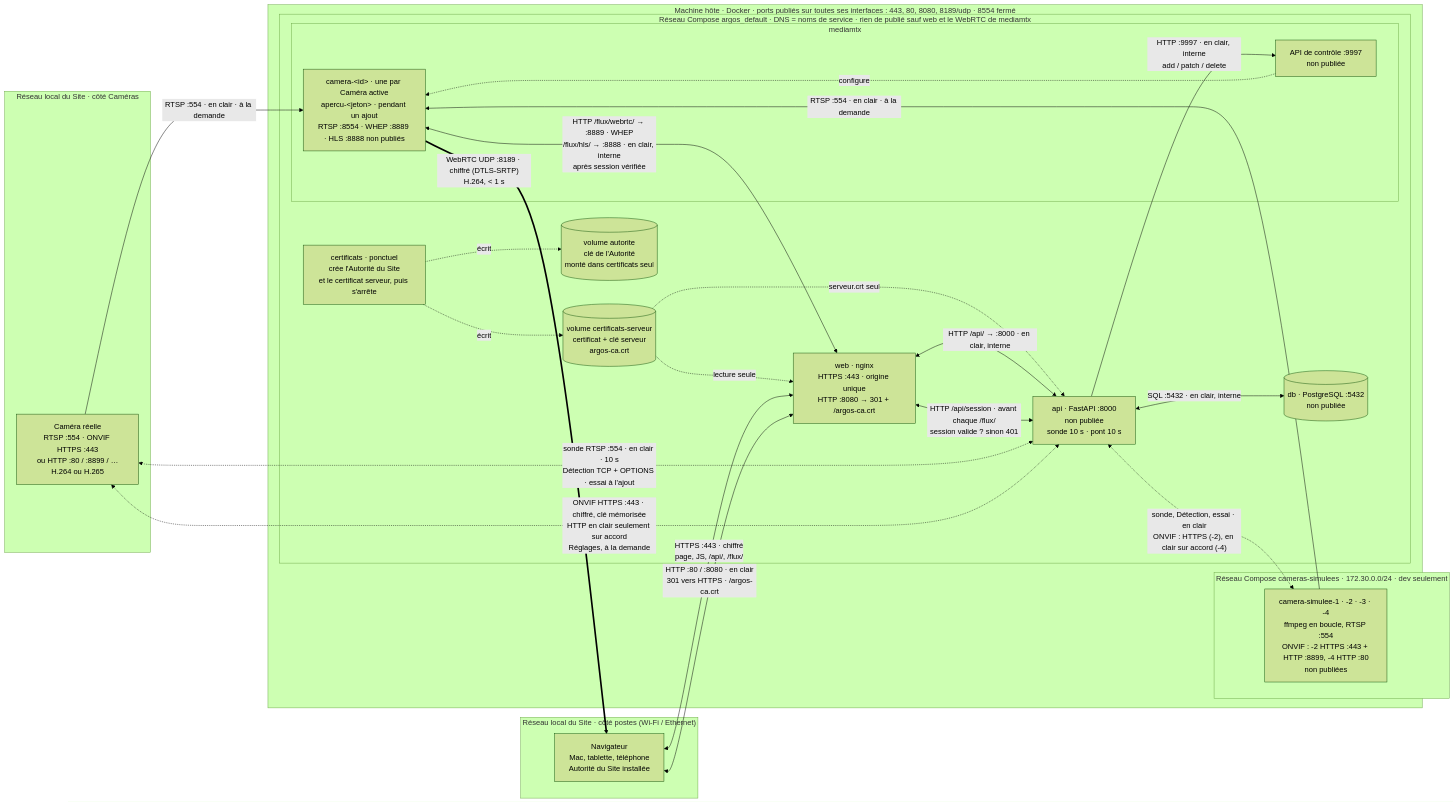
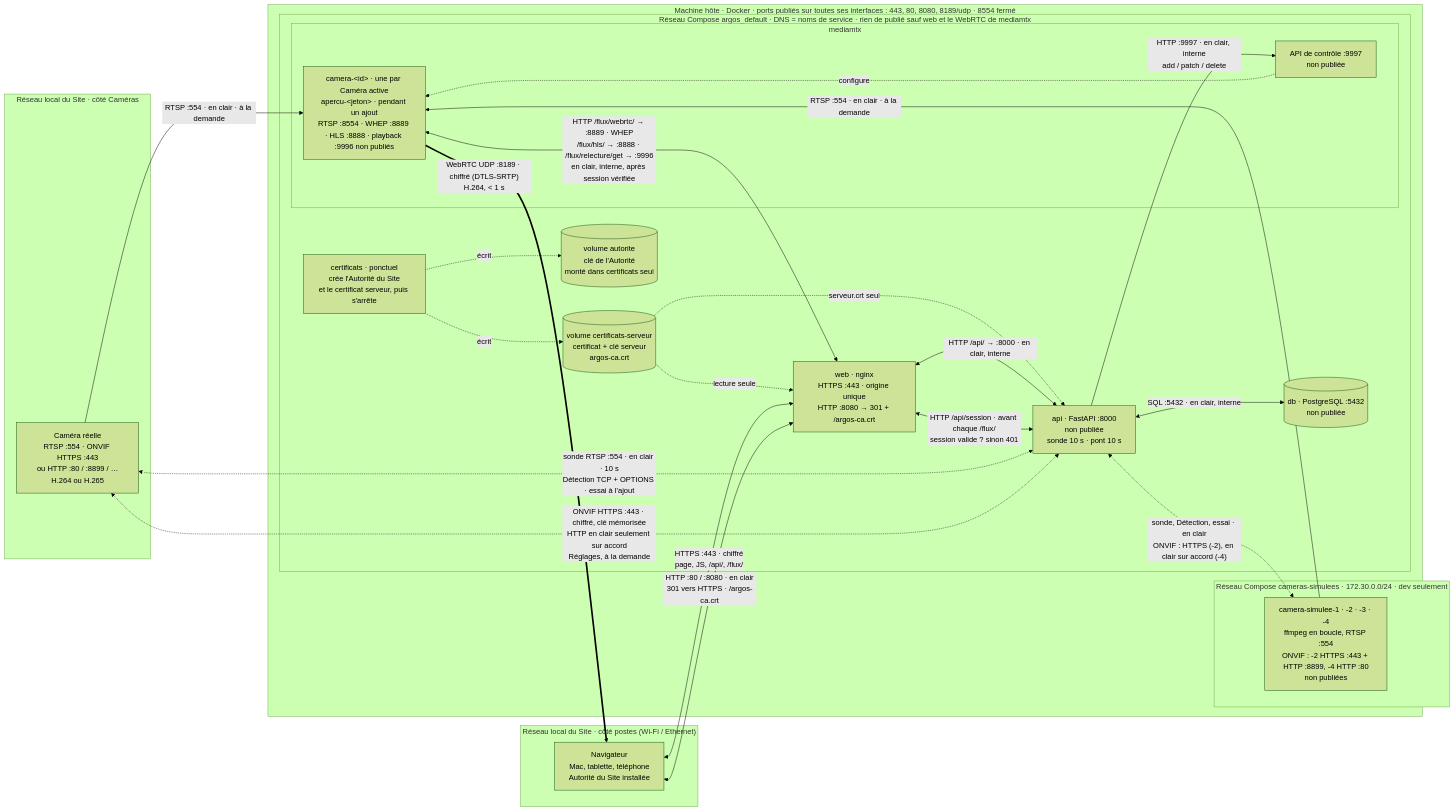
The diagram in docs/features/reseau/schema-flux.md (UlyssouLV/ArgOS), drawn with Mermaid (forest theme) before and after one commit. The commit also changed other lines of this file and 37 other files, not shown here.

````diff
--- a/docs/features/reseau/schema-flux.md
+++ b/docs/features/reseau/schema-flux.md
@@ -17,50 +17,50 @@
 ```mermaid
 flowchart LR
     subgraph LANC["Réseau local du Site · côté Caméras"]
         CAMR["Caméra réelle<br/>RTSP :554 · ONVIF HTTPS :443<br/>ou HTTP :80 / :8899 / …<br/>H.264 ou H.265"]
     end
 
     subgraph HOTE["Machine hôte · Docker · ports publiés sur toutes ses interfaces : 443, 80, 8080, 8189/udp · 8554 fermé"]
         subgraph SIMU["Réseau Compose cameras-simulees · 172.30.0.0/24 · dev seulement"]
             SIM["camera-simulee-1 · -2 · -3 · -4<br/>ffmpeg en boucle, RTSP :554<br/>ONVIF : -2 HTTPS :443 + HTTP :8899, -4 HTTP :80<br/>non publiées"]
         end
         subgraph COMPOSE["Réseau Compose argos_default · DNS = noms de service · rien de publié sauf web et le WebRTC de mediamtx"]
             CERT["certificats · ponctuel<br/>crée l'Autorité du Site<br/>et le certificat serveur, puis s'arrête"]
             VAUT[("volume autorite<br/>clé de l'Autorité<br/>monté dans certificats seul")]
             VSRV[("volume certificats-serveur<br/>certificat + clé serveur<br/>argos-ca.crt")]
             WEB["web · nginx<br/>HTTPS :443 · origine unique<br/>HTTP :8080 → 301 + /argos-ca.crt"]
             API["api · FastAPI :8000<br/>non publiée<br/>sonde 10 s · pont 10 s"]
             subgraph MTX["mediamtx"]
-                PONT["camera-&lt;id&gt; · une par Caméra active<br/>apercu-&lt;jeton&gt; · pendant un ajout<br/>RTSP :8554 · WHEP :8889 · HLS :8888 non publiés"]
+                PONT["camera-&lt;id&gt; · une par Caméra active<br/>apercu-&lt;jeton&gt; · pendant un ajout<br/>RTSP :8554 · WHEP :8889 · HLS :8888 · playback :9996 non publiés"]
                 CTRL["API de contrôle :9997<br/>non publiée"]
             end
             DB[("db · PostgreSQL :5432<br/>non publiée")]
         end
     end
 
     subgraph LANP["Réseau local du Site · côté postes (Wi-Fi / Ethernet)"]
         NAV["Navigateur<br/>Mac, tablette, téléphone<br/>Autorité du Site installée"]
     end
 
     CERT -. "écrit" .-> VAUT
     CERT -. "écrit" .-> VSRV
     VSRV -. "lecture seule" .-> WEB
     VSRV -. "serveur.crt seul" .-> API
 
     NAV <-- "HTTPS :443 · chiffré<br/>page, JS, /api/, /flux/" --> WEB
     NAV <-- "HTTP :80 / :8080 · en clair<br/>301 vers HTTPS · /argos-ca.crt" --> WEB
     WEB <-- "HTTP /api/ → :8000 · en clair, interne" --> API
     WEB <-- "HTTP /api/session · avant chaque /flux/<br/>session valide ? sinon 401" --> API
-    WEB <-- "HTTP /flux/webrtc/ → :8889 · WHEP<br/>/flux/hls/ → :8888 · en clair, interne<br/>après session vérifiée" --> PONT
+    WEB <-- "HTTP /flux/webrtc/ → :8889 · WHEP<br/>/flux/hls/ → :8888 · /flux/relecture/get → :9996<br/>en clair, interne, après session vérifiée" --> PONT
     PONT == "WebRTC UDP :8189 · chiffré (DTLS-SRTP)<br/>H.264, < 1 s" ==> NAV
 
     CAMR -- "RTSP :554 · en clair · à la demande" --> PONT
     SIM -- "RTSP :554 · en clair · à la demande" --> PONT
 
     API -- "HTTP :9997 · en clair, interne<br/>add / patch / delete" --> CTRL
     CTRL -. configure .-> PONT
     API <-- "SQL :5432 · en clair, interne" --> DB
     API <-. "sonde RTSP :554 · en clair · 10 s<br/>Détection TCP + OPTIONS · essai à l'ajout" .-> CAMR
     API <-. "ONVIF HTTPS :443 · chiffré, clé mémorisée<br/>HTTP en clair seulement sur accord<br/>Réglages, à la demande" .-> CAMR
     API <-. "sonde, Détection, essai · en clair<br/>ONVIF : HTTPS (-2), en clair sur accord (-4)" .-> SIM
 ```
````
